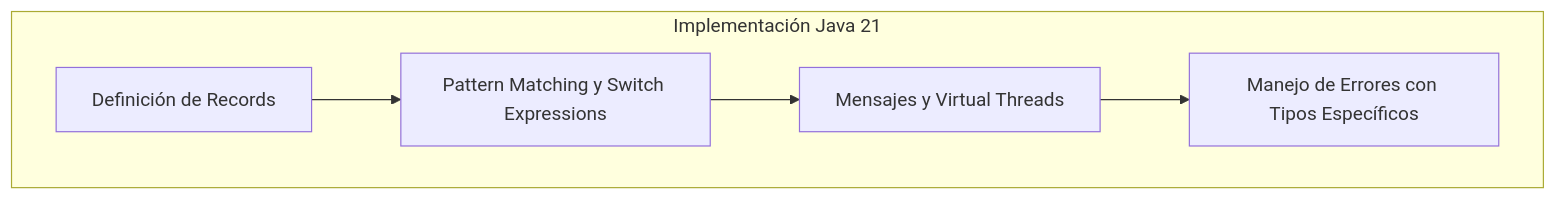
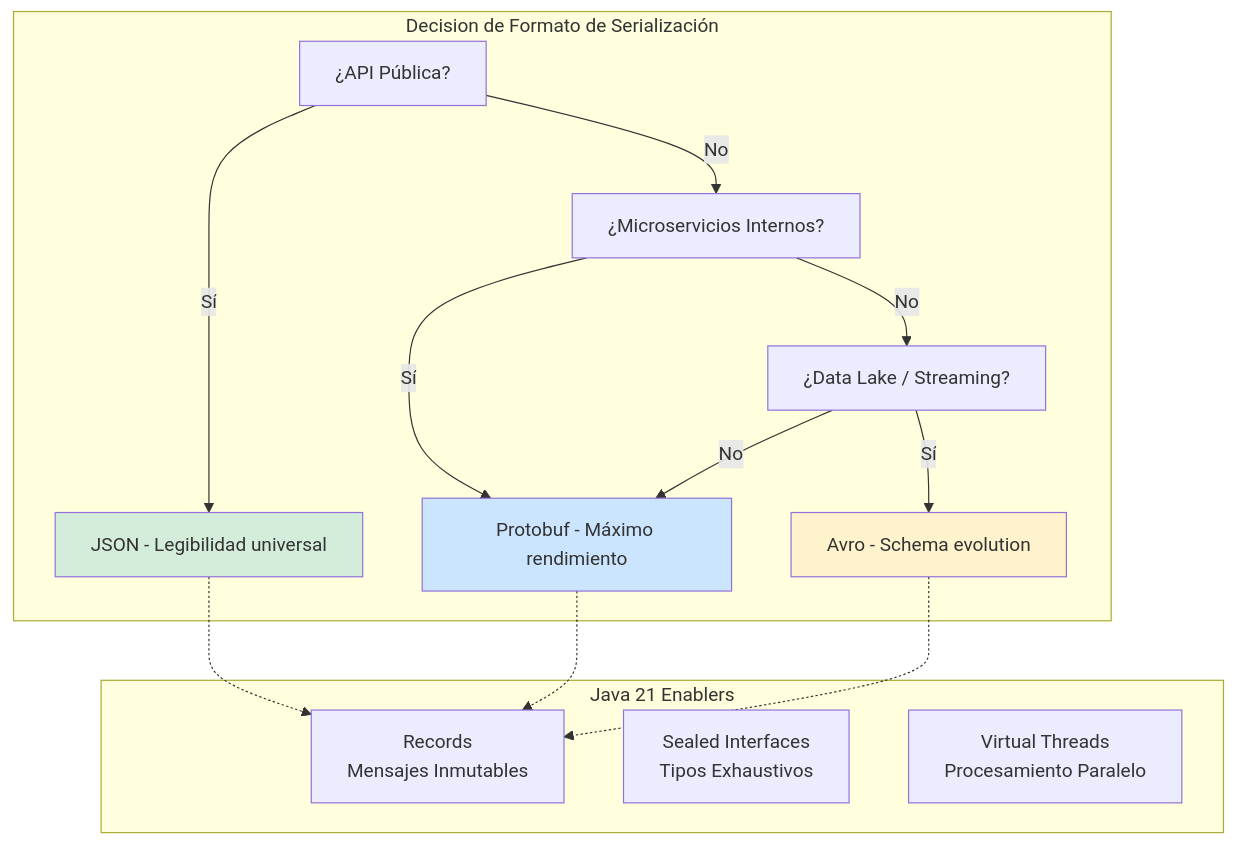
One commit to Joaquinriosheredia/DAM-Java-Mastery changed the first of 3 diagrams in _Review/serializacion_avanzada_json_vs_protobuf_avro/serializacion_avanzada_json_vs_protobuf_avro.md. Above: the diagram before and after it, drawn with Mermaid. The commit also changed other lines of this file, not shown here.

Commit message:
serializacion avanzada json vs protobuf avro

````diff
--- a/_Review/serializacion_avanzada_json_vs_protobuf_avro/serializacion_avanzada_json_vs_protobuf_avro.md
+++ b/_Review/serializacion_avanzada_json_vs_protobuf_avro/serializacion_avanzada_json_vs_protobuf_avro.md
@@ -338,13 +61,25 @@
 ```mermaid
 graph TD
-    subgraph Implementación Java 21
-        A[Definición de Records]
-        B[Pattern Matching y Switch Expressions]
-        C[Mensajes y Virtual Threads]
-        D[Manejo de Errores con Tipos Específicos]
+    subgraph "Decision de Formato de Serialización"
+        A[¿API Pública?] -->|Sí| JSON[JSON - Legibilidad universal]
+        A -->|No| B[¿Microservicios Internos?]
+        B -->|Sí| C[Protobuf - Máximo rendimiento]
+        B -->|No| D[¿Data Lake / Streaming?]
+        D -->|Sí| AVRO[Avro - Schema evolution]
+        D -->|No| C
     end
-
-    A --> B
-    B --> C
-    C --> D
+    
+    subgraph "Java 21 Enablers"
+        REC[Records<br/>Mensajes Inmutables]
+        SEALED[Sealed Interfaces<br/>Tipos Exhaustivos]
+        VT[Virtual Threads<br/>Procesamiento Paralelo]
+    end
+    
+    JSON -.-> REC
+    C -.-> REC
+    AVRO -.-> REC
+    
+    style JSON fill:#d4edda
+    style C fill:#cce5ff
+    style AVRO fill:#fff3cd
 ```
````
